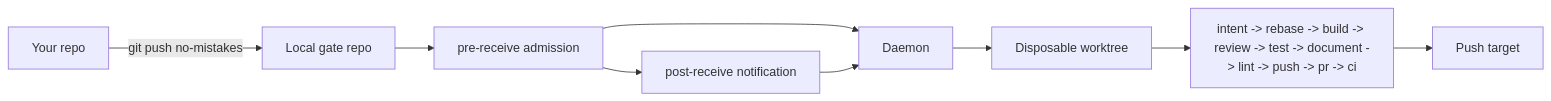
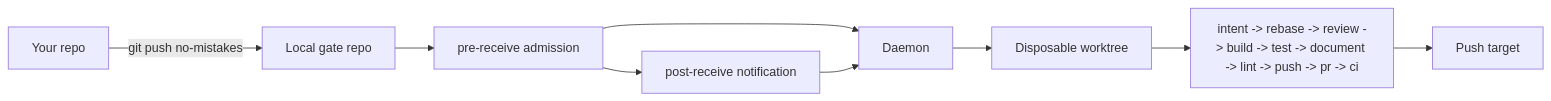
Before and after one commit to alvarohulse/no-mistakes: the diagram in docs/src/content/docs/start-here/introduction.md, drawn with Mermaid. The commit also changed other lines of this file and 18 other files, not shown here.

Commit message:
docs(pipeline): show Build after Review

````diff
--- a/docs/src/content/docs/start-here/introduction.md
+++ b/docs/src/content/docs/start-here/introduction.md
@@ -48,11 +48,11 @@
 ```mermaid
 flowchart LR
   repo["Your repo"] -->|"git push no-mistakes"| gate["Local gate repo"]
   gate --> admission["pre-receive admission"]
   admission --> hook["post-receive notification"]
   admission --> daemon["Daemon"]
   hook --> daemon
   daemon --> worktree["Disposable worktree"]
-  worktree --> pipeline["intent -> rebase -> build -> review -> test -> document -> lint -> push -> pr -> ci"]
+  worktree --> pipeline["intent -> rebase -> review -> build -> test -> document -> lint -> push -> pr -> ci"]
   pipeline --> target["Push target"]
 ```
````
